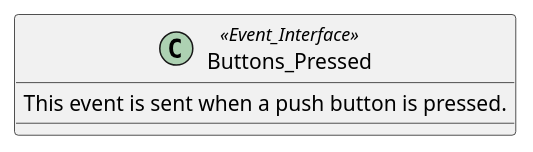
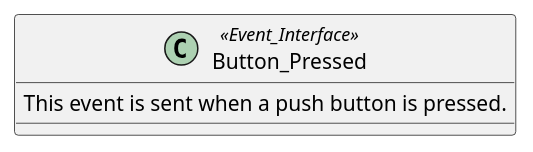
Before and after one commit to HomeMadeBots/Button_Events: the diagram in doc/Button_Pressed.iuml, drawn with PlantUML.

```diff
--- a/doc/Button_Pressed.iuml
+++ b/doc/Button_Pressed.iuml
@@ -1,8 +1,8 @@
 @startuml
 
-class Buttons_Pressed <<Event_Interface>>
+class Button_Pressed <<Event_Interface>>
 {
   This event is sent when a push button is pressed.
 }
 
 @enduml
```
